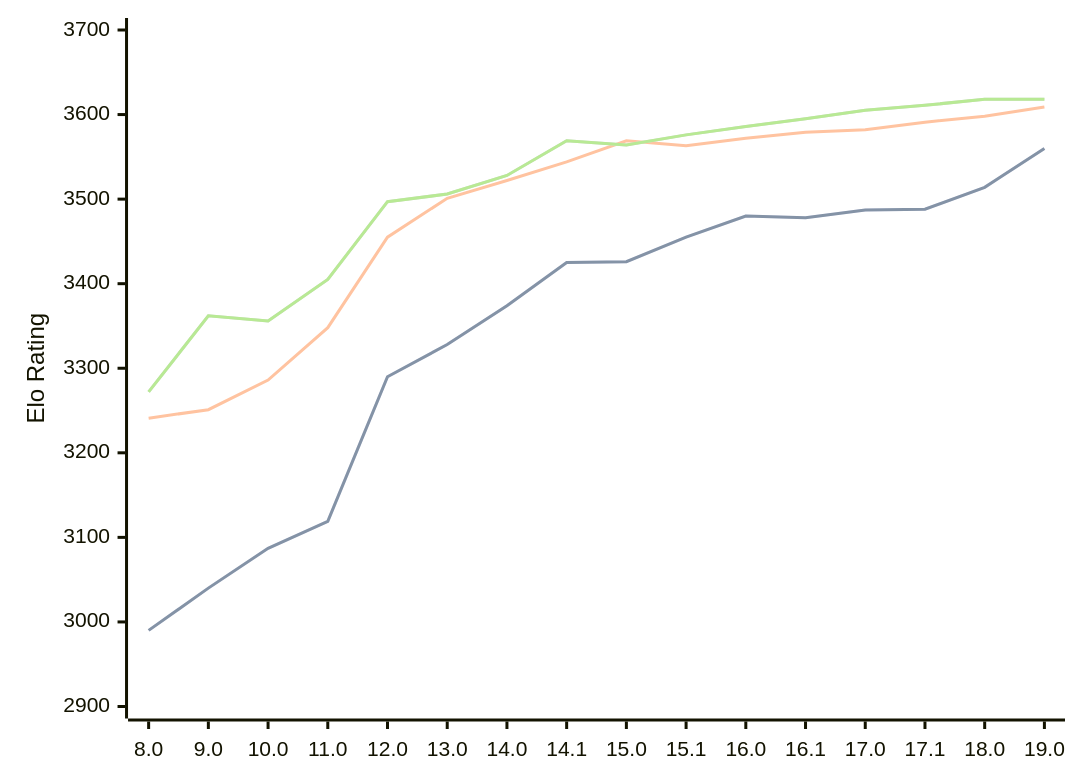
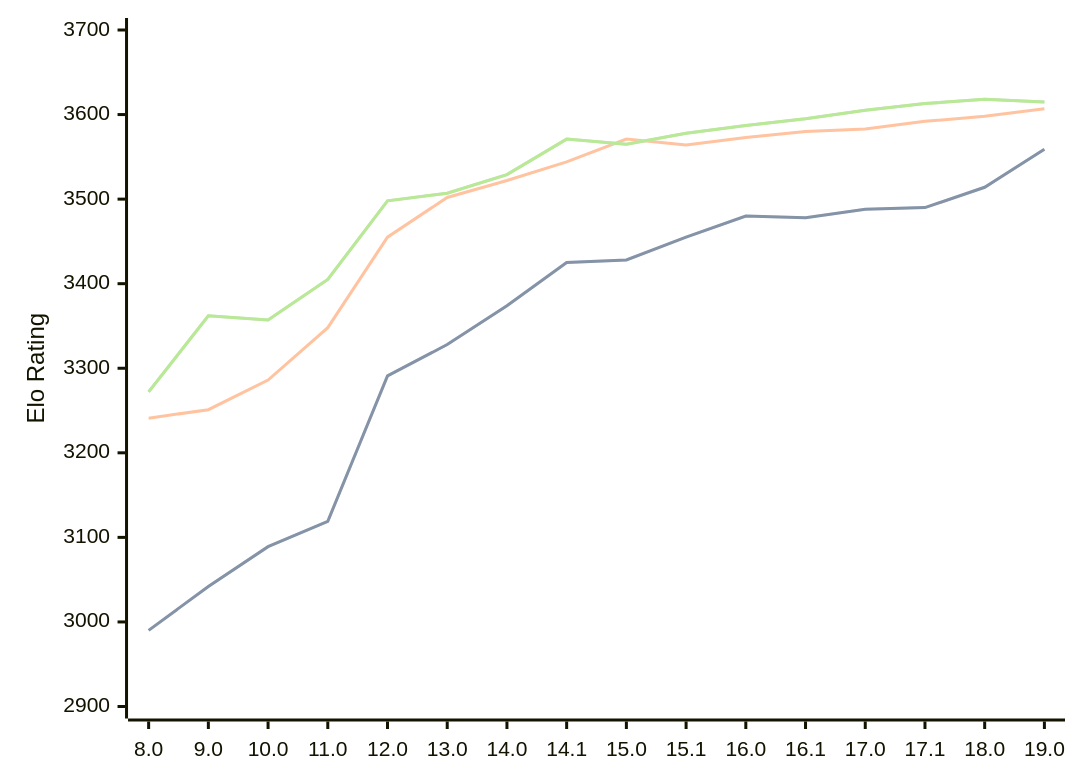
Before and after one commit to computer-chess-index/cci: the diagram in engines/Stockfish.md, drawn with Mermaid. The commit also changed other lines of this file, not shown here.

Commit message:
Update CCI Ratings (ELO VLTC) - 2026-09-14

````diff
--- a/engines/Stockfish.md
+++ b/engines/Stockfish.md
@@ -46,11 +46,11 @@
 ```mermaid
 %%{init: {"theme":"base","themeVariables":{"seriesColors:['#a3a3a3','#222221','#faa371']}}}%%
 xychart-beta
   x-axis ["8.0", "9.0", "10.0", "11.0", "12.0", "13.0", "14.0", "14.1", "15.0", "15.1", "16.0", "16.1", "17.0", "17.1", "18.0", "19.0"]
   y-axis "Elo Rating" 2900 --> 3700
-  line "" [2990, 3040, 3087, 3119, 3290, 3328, 3374, 3425, 3426, 3455, 3480, 3478, 3487, 3488, 3514, 3560]
-  line "STC (8.0+0.08s)" [2990, 3040, 3087, 3119, 3290, 3328, 3374, 3425, 3426, 3455, 3480, 3478, 3487, 3488, 3514, 3560]
-  line "LTC (60.0+0.60s)" [3241, 3251, 3286, 3348, 3455, 3501, 3522, 3544, 3569, 3563, 3572, 3579, 3582, 3591, 3598, 3609]
-  line "" [3272, 3362, 3356, 3405, 3497, 3506, 3528, 3569, 3564, 3576, 3586, 3595, 3605, 3611, 3618, 3618]
-  line "VLTC (2m24s+1.12s)" [3272, 3362, 3356, 3405, 3497, 3506, 3528, 3569, 3564, 3576, 3586, 3595, 3605, 3611, 3618, 3618]
+  line "" [2990, 3042, 3089, 3119, 3291, 3328, 3374, 3425, 3428, 3455, 3480, 3478, 3488, 3490, 3514, 3559]
+  line "STC (8.0+0.08s)" [2990, 3042, 3089, 3119, 3291, 3328, 3374, 3425, 3428, 3455, 3480, 3478, 3488, 3490, 3514, 3559]
+  line "LTC (60.0+0.60s)" [3241, 3251, 3286, 3348, 3455, 3502, 3522, 3544, 3571, 3564, 3573, 3580, 3583, 3592, 3598, 3607]
+  line "" [3272, 3362, 3357, 3405, 3498, 3507, 3529, 3571, 3565, 3578, 3587, 3595, 3605, 3613, 3618, 3615]
+  line "VLTC (2m24s+1.12s)" [3272, 3362, 3357, 3405, 3498, 3507, 3529, 3571, 3565, 3578, 3587, 3595, 3605, 3613, 3618, 3615]
 ```
````
